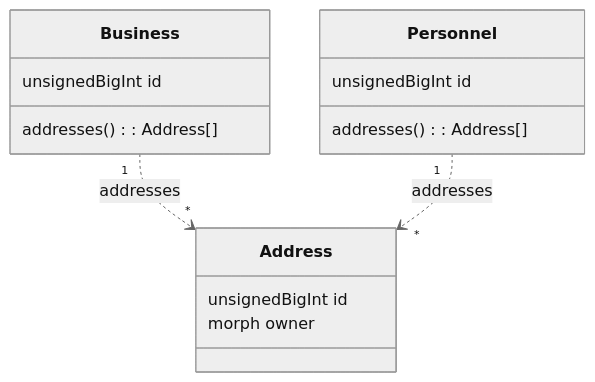
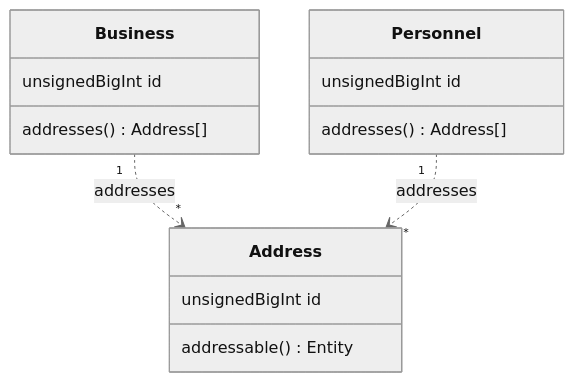
The sixth of 7 diagrams in database/README.md (creasico/laravel-base), drawn with Mermaid (neutral theme) before and after one commit. The commit also changed other lines of this file and 52 other files, not shown here.

````diff
--- a/database/README.md
+++ b/database/README.md
@@ -419,18 +422,18 @@
 ```mermaid
 classDiagram
     Business "1" ..> "*" Address : addresses
     Personnel "1" ..> "*" Address : addresses
 
     class Address {
         unsignedBigInt id
-        morph owner
+        addressable() Entity
     }
     class Business {
         unsignedBigInt id
-        addresses(): Address[]
+        addresses() Address[]
     }
     class Personnel {
         unsignedBigInt id
-        addresses(): Address[]
+        addresses() Address[]
     }
 ```
````
